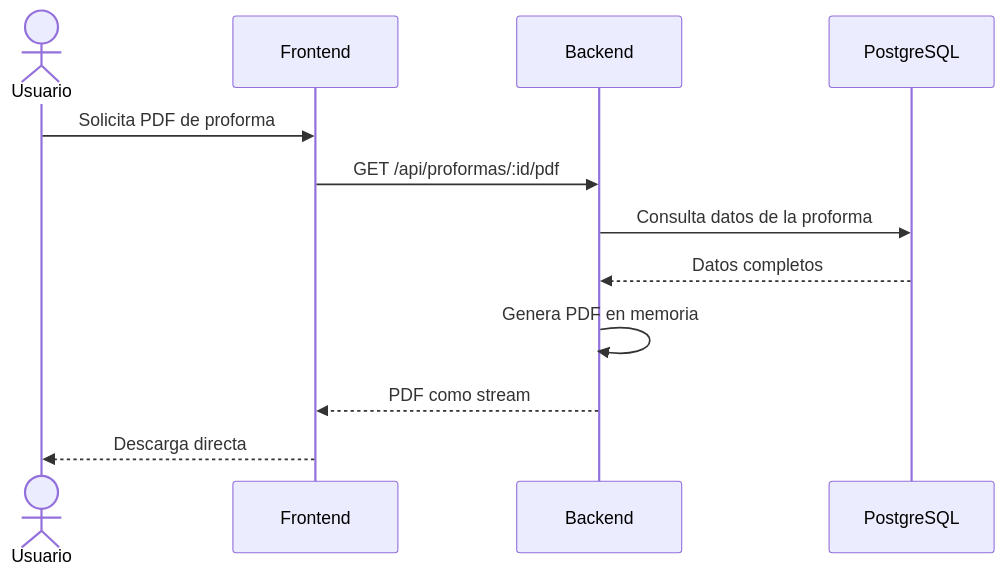
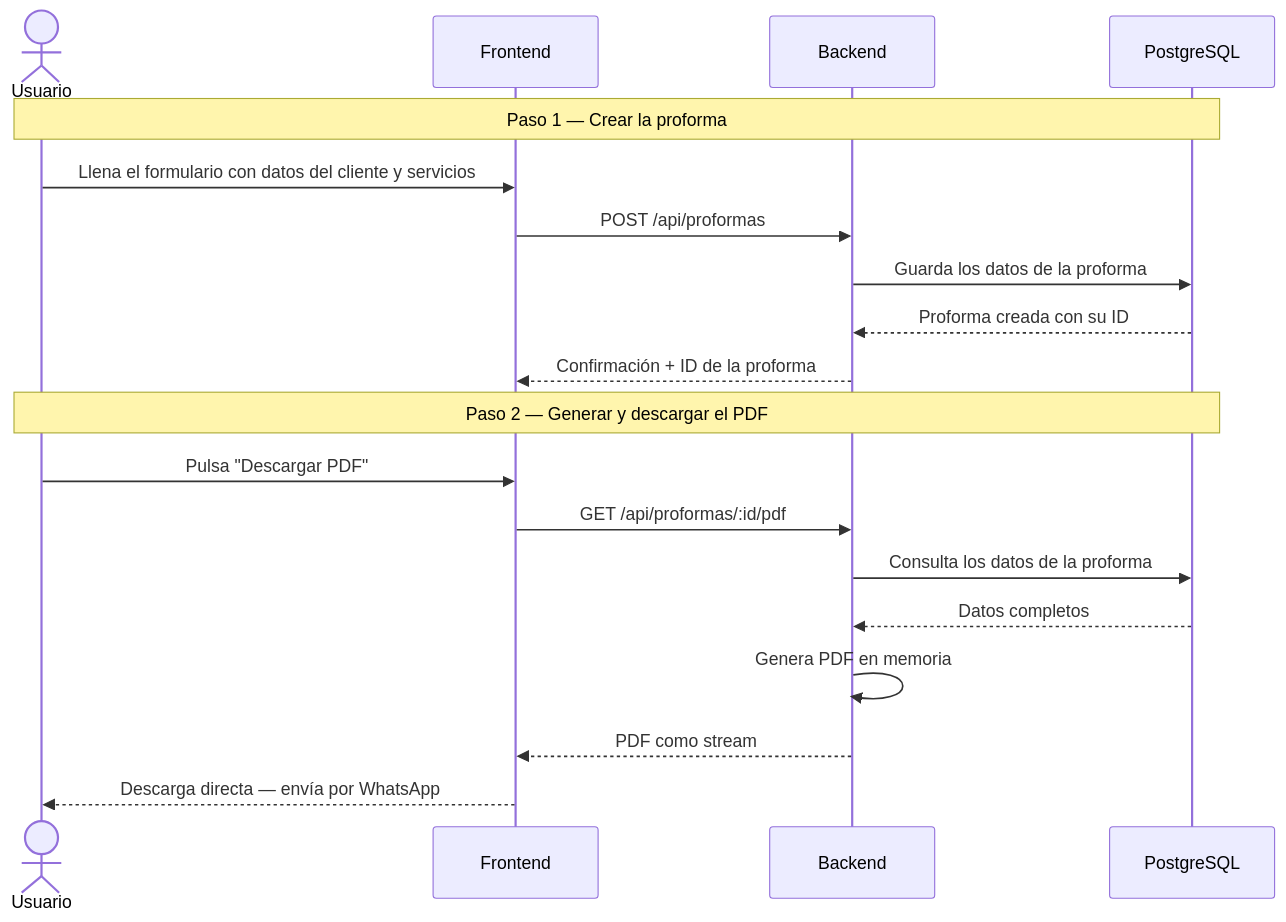
The fifth of 6 diagrams in Diseño-Tecnico.md (atalavera21/MiguelProducciones-GestorEventos), drawn with Mermaid before and after one commit.

Commit message:
fix: Mejoras en el flujo de generación de proformas - Diseño Técnico

````diff
--- a/Diseño-Tecnico.md
+++ b/Diseño-Tecnico.md
@@ -448,15 +448,23 @@
 ```mermaid
 sequenceDiagram
     actor U as Usuario
     participant FE as Frontend
     participant BE as Backend
     participant DB as PostgreSQL
 
-    U->>FE: Solicita PDF de proforma
+    Note over U,DB: Paso 1 — Crear la proforma
+    U->>FE: Llena el formulario con datos del cliente y servicios
+    FE->>BE: POST /api/proformas
+    BE->>DB: Guarda los datos de la proforma
+    DB-->>BE: Proforma creada con su ID
+    BE-->>FE: Confirmación + ID de la proforma
+
+    Note over U,DB: Paso 2 — Generar y descargar el PDF
+    U->>FE: Pulsa "Descargar PDF"
     FE->>BE: GET /api/proformas/:id/pdf
-    BE->>DB: Consulta datos de la proforma
+    BE->>DB: Consulta los datos de la proforma
     DB-->>BE: Datos completos
     BE->>BE: Genera PDF en memoria
     BE-->>FE: PDF como stream
-    FE-->>U: Descarga directa
+    FE-->>U: Descarga directa — envía por WhatsApp
 ```
````
